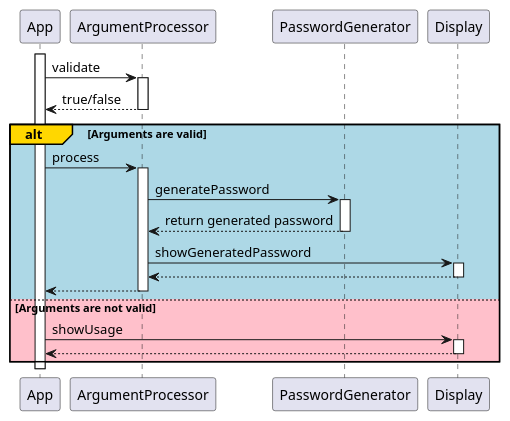
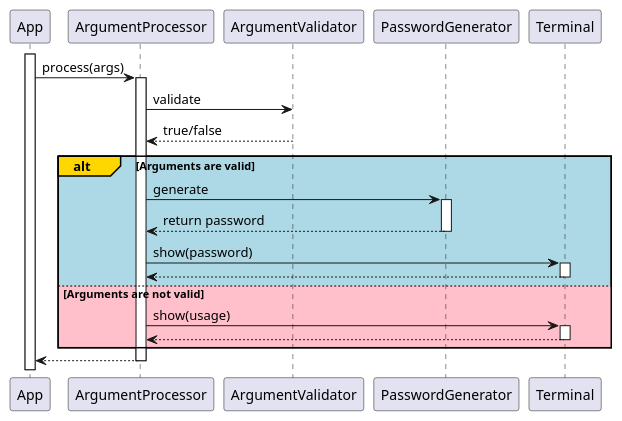
One commit to djvelimir/demo-java-cli changed the diagram in diagrams/Sequence.puml. Above: the diagram before and after it, drawn with PlantUML. The commit also changed 14 other files, not shown here.

Commit message:
Added argument validator

```diff
--- a/diagrams/Sequence.puml
+++ b/diagrams/Sequence.puml
@@ -1,36 +1,37 @@
 @startuml
 participant App as app
 participant ArgumentProcessor as argumentProcessor
+participant ArgumentValidator as argumentValidator
 participant PasswordGenerator as passwordGenerator
-participant Display as display
+participant Terminal as terminal
 
 activate app
 
+app -> argumentProcessor: process(args)
+activate argumentProcessor
 
-app -> argumentProcessor: validate
-activate argumentProcessor
-app <-- argumentProcessor: true/false
+argumentProcessor -> argumentValidator: validate
+argumentProcessor <-- argumentValidator: true/false
+
+alt#Gold #LightBlue Arguments are valid
+    argumentProcessor -> passwordGenerator: generate
+    activate passwordGenerator
+    argumentProcessor <-- passwordGenerator: return password
+    deactivate passwordGenerator
+
+    argumentProcessor -> terminal: show(password)
+    activate terminal
+    argumentProcessor <-- terminal
+    deactivate terminal
+
+else #Pink Arguments are not valid
+    argumentProcessor -> terminal: show(usage)
+    activate terminal
+    argumentProcessor <-- terminal
+    deactivate terminal
+end
+
+app <-- argumentProcessor
 deactivate argumentProcessor
 
-alt#Gold #LightBlue Arguments are valid
-    app -> argumentProcessor: process
-    activate argumentProcessor
-    argumentProcessor -> passwordGenerator: generatePassword
-    activate passwordGenerator
-    argumentProcessor <-- passwordGenerator: return generated password
-    deactivate passwordGenerator
-    argumentProcessor -> display: showGeneratedPassword
-    activate display
-    argumentProcessor <-- display
-    deactivate display
-    app <-- argumentProcessor
-    deactivate argumentProcessor
-else #Pink Arguments are not valid
-    app -> display: showUsage
-    activate display
-    app <-- display
-    deactivate display
-end
-
-deactivate app
 @enduml
```
